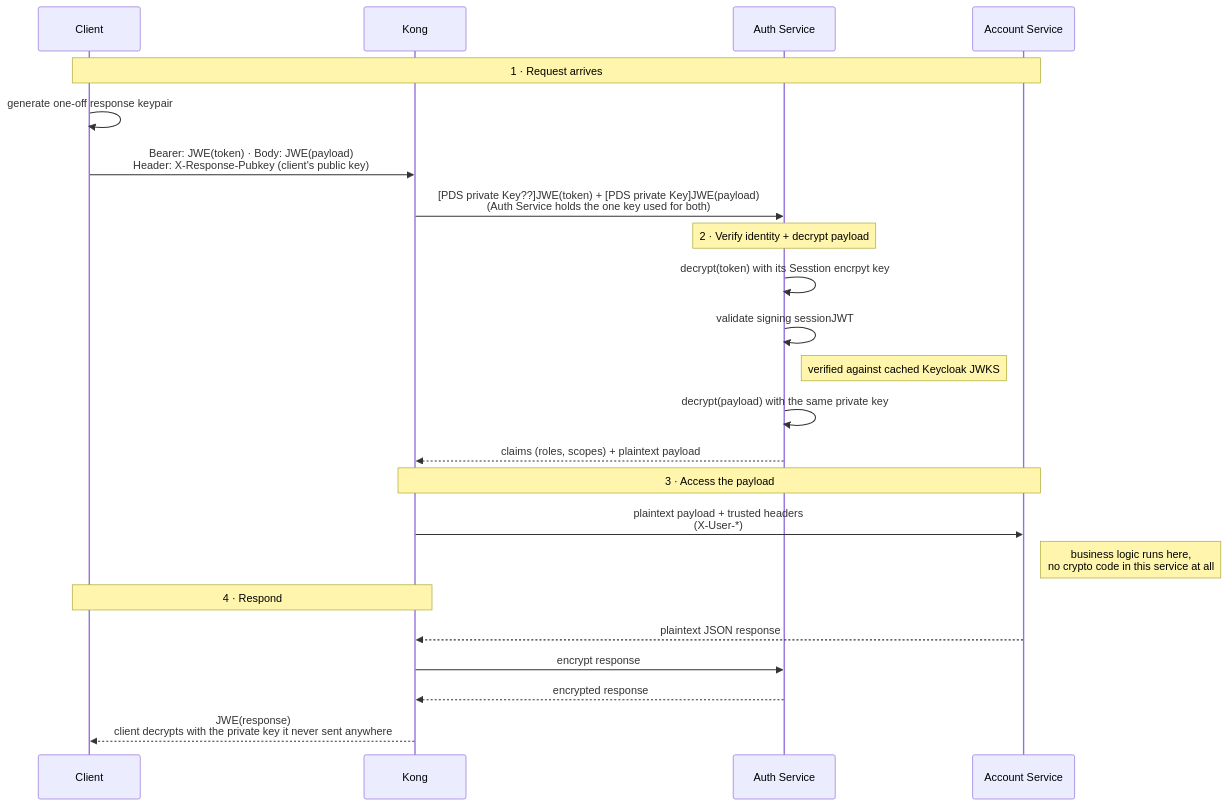
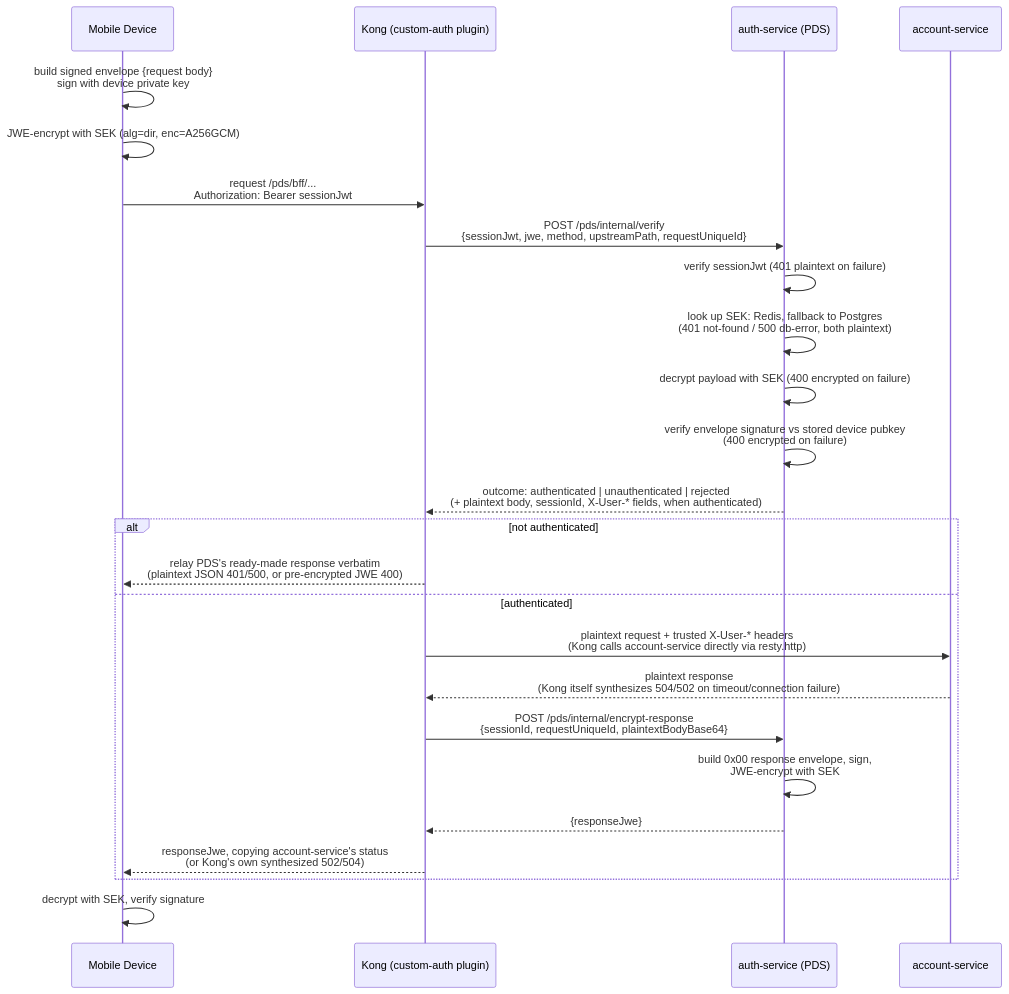
The second of 2 diagrams in docs/encryption-workflow.md (PinThapanawat/kong-custom-auth-poc), drawn with Mermaid before and after one commit. The commit also changed other lines of this file and 29 other files, not shown here.

Commit message:
feat: implement PDS session encryption key management and binary envelope framing for secure API communication

````diff
--- a/docs/encryption-workflow.md
+++ b/docs/encryption-workflow.md
@@ -56,29 +70,31 @@
 ```mermaid
 sequenceDiagram
-    participant Client
-    participant Kong
-    participant AuthService as Auth Service
-    participant AccountService as Account Service
+    participant Device as Mobile Device
+    participant Kong as Kong (custom-auth plugin)
+    participant PDS as auth-service (PDS)
+    participant Account as account-service
 
-    Note over Client,AccountService: 1 · Request arrives
-    Client->>Client: generate one-off response keypair
-    Client->>Kong: Bearer: JWE(token) · Body: JWE(payload)<br/>Header: X-Response-Pubkey (client's public key)
-    Kong->>AuthService: [PDS private Key??]JWE(token) + [PDS private Key]JWE(payload)<br/>(Auth Service holds the one key used for both)
+    Device->>Device: build signed envelope {request body}<br/>sign with device private key
+    Device->>Device: JWE-encrypt with SEK (alg=dir, enc=A256GCM)
+    Device->>Kong: request /pds/bff/...<br/>Authorization: Bearer sessionJwt
 
-    Note over AuthService: 2 · Verify identity + decrypt payload
-    AuthService->>AuthService: decrypt(token) with its Sesstion encrpyt key
-    AuthService->>AuthService: validate signing sessionJWT 
-    Note right of AuthService: verified against cached Keycloak JWKS
-    AuthService->>AuthService: decrypt(payload) with the same private key
-    AuthService-->>Kong: claims (roles, scopes) + plaintext payload
+    Kong->>PDS: POST /pds/internal/verify<br/>{sessionJwt, jwe, method, upstreamPath, requestUniqueId}
+    PDS->>PDS: verify sessionJwt (401 plaintext on failure)
+    PDS->>PDS: look up SEK: Redis, fallback to Postgres<br/>(401 not-found / 500 db-error, both plaintext)
+    PDS->>PDS: decrypt payload with SEK (400 encrypted on failure)
+    PDS->>PDS: verify envelope signature vs stored device pubkey<br/>(400 encrypted on failure)
+    PDS-->>Kong: outcome: authenticated | unauthenticated | rejected<br/>(+ plaintext body, sessionId, X-User-* fields, when authenticated)
 
-    Note over Kong,AccountService: 3 · Access the payload
-    Kong->>AccountService: plaintext payload + trusted headers<br/>(X-User-*)
-    Note right of AccountService: business logic runs here,<br/>no crypto code in this service at all
+    alt not authenticated
+        Kong-->>Device: relay PDS's ready-made response verbatim<br/>(plaintext JSON 401/500, or pre-encrypted JWE 400)
+    else authenticated
+        Kong->>Account: plaintext request + trusted X-User-* headers<br/>(Kong calls account-service directly via resty.http)
+        Account-->>Kong: plaintext response<br/>(Kong itself synthesizes 504/502 on timeout/connection failure)
+        Kong->>PDS: POST /pds/internal/encrypt-response<br/>{sessionId, requestUniqueId, plaintextBodyBase64}
+        PDS->>PDS: build 0x00 response envelope, sign,<br/>JWE-encrypt with SEK
+        PDS-->>Kong: {responseJwe}
+        Kong-->>Device: responseJwe, copying account-service's status<br/>(or Kong's own synthesized 502/504)
+    end
 
-    Note over Kong,Client: 4 · Respond
-    AccountService-->>Kong: plaintext JSON response
-    Kong->>AuthService: encrypt response 
-    AuthService-->>Kong: encrypted response 
-    Kong-->>Client: JWE(response)<br/>client decrypts with the private key it never sent anywhere
+    Device->>Device: decrypt with SEK, verify signature
 ```
````
